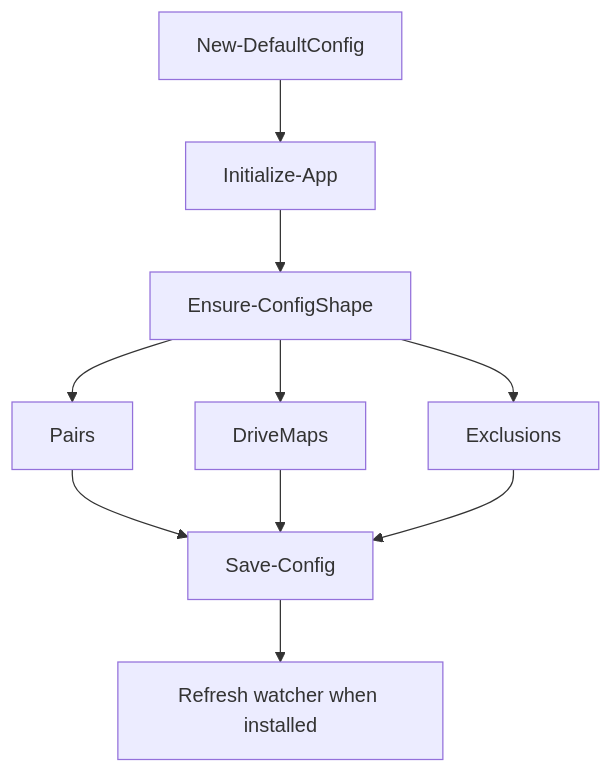
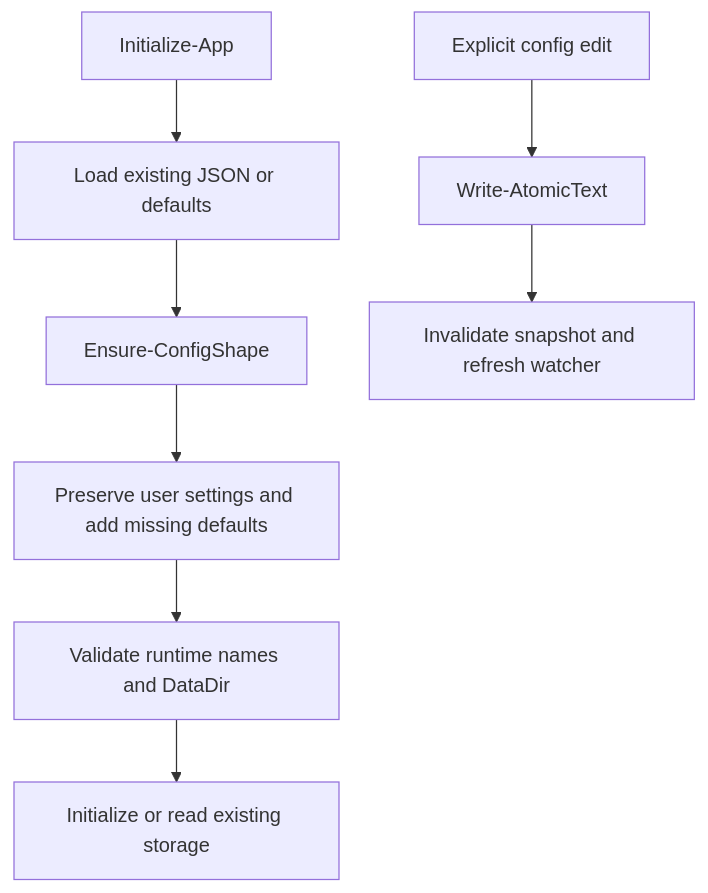
One commit to AMD4x/miraqueue changed the diagram in docs/maps/configuration-map.md. Above: the diagram before and after it, drawn with Mermaid. The commit also changed other lines of this file and 41 other files, not shown here.

````diff
--- a/docs/maps/configuration-map.md
+++ b/docs/maps/configuration-map.md
@@ -3,12 +3,10 @@
 ```mermaid
-graph TD
-  A[New-DefaultConfig] --> B[Initialize-App]
+flowchart TD
+  A[Initialize-App] --> B[Load existing JSON or defaults]
   B --> C[Ensure-ConfigShape]
-  C --> D[Pairs]
-  C --> E[DriveMaps]
-  C --> F[Exclusions]
-  D --> G[Save-Config]
-  E --> G
-  F --> G
-  G --> H[Refresh watcher when installed]
+  C --> D[Preserve user settings and add missing defaults]
+  D --> E[Validate runtime names and DataDir]
+  E --> F[Initialize or read existing storage]
+  G[Explicit config edit] --> H[Write-AtomicText]
+  H --> I[Invalidate snapshot and refresh watcher]
 ```
````
